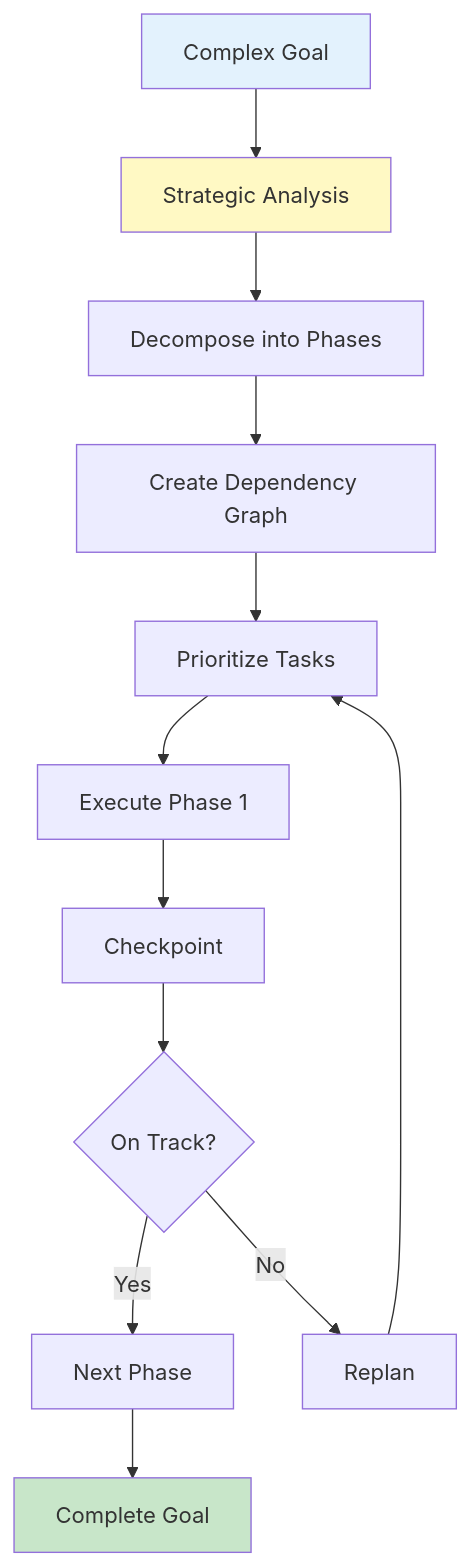
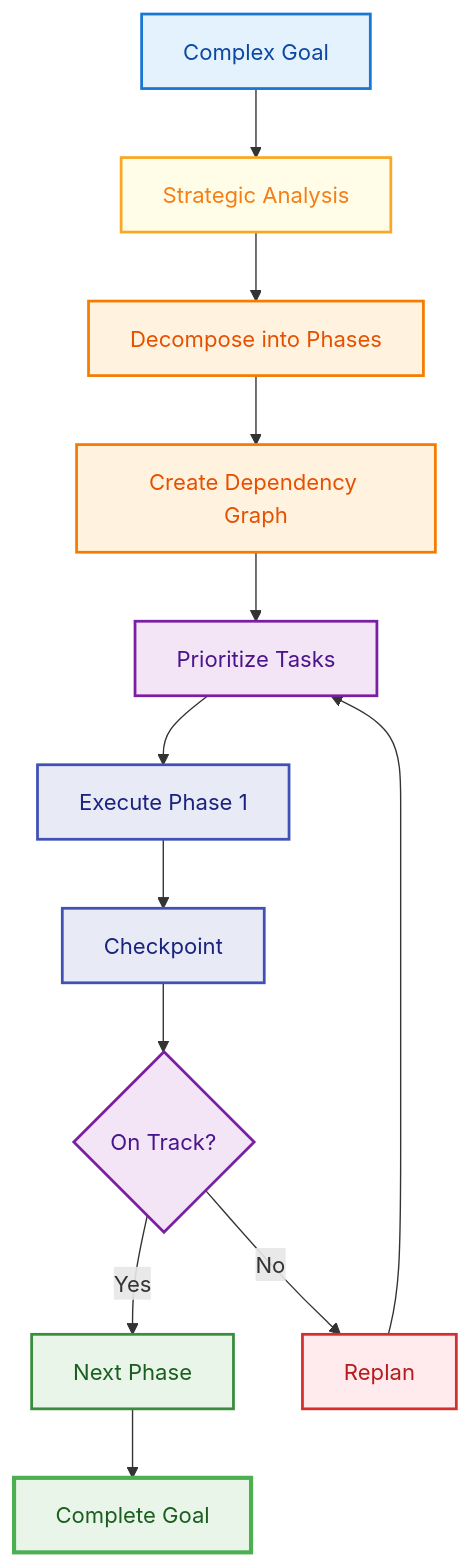
The seventh of 21 diagrams in 34_agentic_ai_design_patterns.md (raphaelmansuy/tutorials), drawn with Mermaid before and after one commit. The commit also changed other lines of this file, not shown here.

````diff
--- a/34_agentic_ai_design_patterns.md
+++ b/34_agentic_ai_design_patterns.md
@@ -226,18 +391,26 @@
 ```mermaid
-graph TD
+flowchart TD
     A[Complex Goal] --> B[Strategic Analysis]
     B --> C[Decompose into Phases]
     C --> D[Create Dependency Graph]
     D --> E[Prioritize Tasks]
     E --> F[Execute Phase 1]
     F --> G[Checkpoint]
     G --> H{On Track?}
     H -->|Yes| I[Next Phase]
     H -->|No| J[Replan]
     J --> E
     I --> K[Complete Goal]
 
-    style A fill:#e3f2fd
-    style K fill:#c8e6c9
-    style B fill:#fff9c4
+    style A fill:#E3F2FD,stroke:#1976D2,stroke-width:2px,color:#0D47A1
+    style B fill:#FFFDE7,stroke:#F9A825,stroke-width:2px,color:#F57F17
+    style C fill:#FFF3E0,stroke:#F57C00,stroke-width:2px,color:#E65100
+    style D fill:#FFF3E0,stroke:#F57C00,stroke-width:2px,color:#E65100
+    style E fill:#F3E5F5,stroke:#7B1FA2,stroke-width:2px,color:#4A148C
+    style F fill:#E8EAF6,stroke:#3F51B5,stroke-width:2px,color:#1A237E
+    style G fill:#E8EAF6,stroke:#3F51B5,stroke-width:2px,color:#1A237E
+    style H fill:#F3E5F5,stroke:#7B1FA2,stroke-width:2px,color:#4A148C
+    style I fill:#E8F5E8,stroke:#388E3C,stroke-width:2px,color:#1B5E20
+    style J fill:#FFEBEE,stroke:#D32F2F,stroke-width:2px,color:#B71C1C
+    style K fill:#E8F5E8,stroke:#4CAF50,stroke-width:3px,color:#1B5E20
 ```
````
